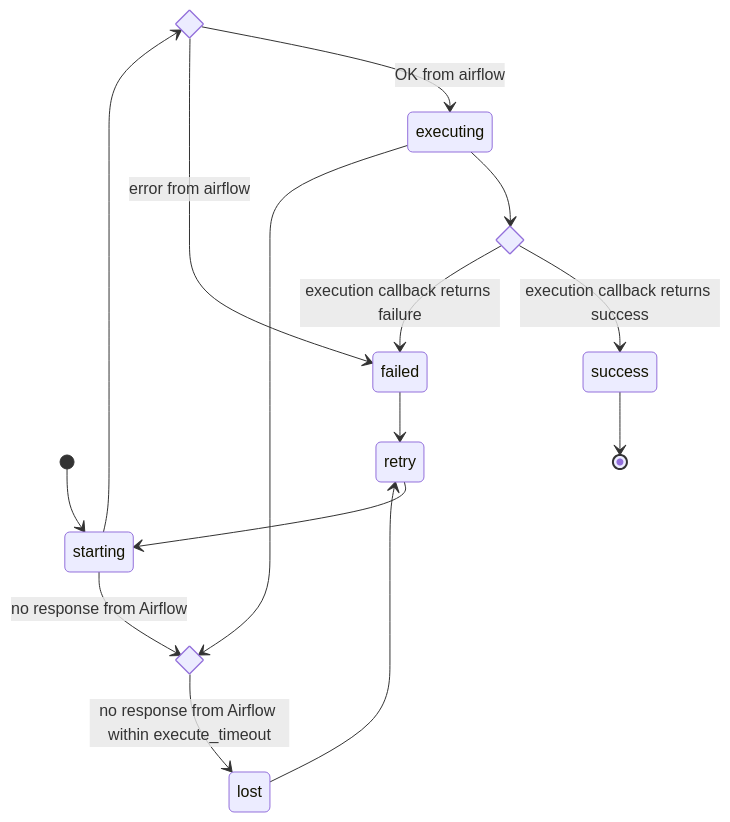
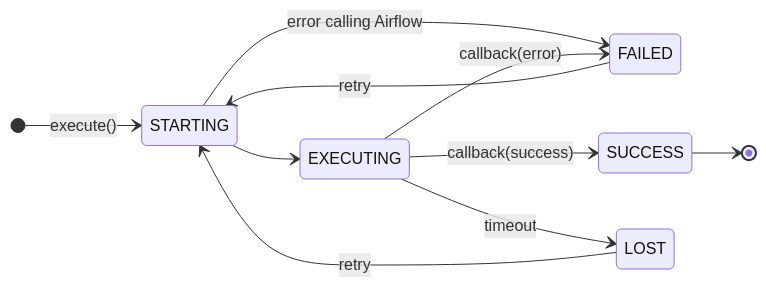
The second of 2 diagrams in design/open/branch_checks.md (treeverse/lakeFS), drawn with Mermaid before and after one commit. The commit also changed other lines of this file, not shown here.

Commit message:
made state diagram more readable

````diff
--- a/design/open/branch_checks.md
+++ b/design/open/branch_checks.md
@@ -97,20 +97,13 @@
 ```mermaid
 stateDiagram-v2
-    state start_failed <<choice>>
-    state execute_failed <<choice>>
-    state timed_out <<choice>>
-    [*] --> starting
-    starting --> start_failed
-    starting --> timed_out: no response from Airflow
-    start_failed --> executing: OK from airflow
-    start_failed --> failed: error from airflow
-    executing --> execute_failed
-    execute_failed --> success: execution callback returns success
-    execute_failed --> failed: execution callback returns failure
-    executing --> timed_out
-    timed_out --> lost: no response from Airflow within execute_timeout
-    failed --> retry
-    lost --> retry
-    retry --> starting
-    success --> [*]
+    direction LR
+    [*] --> STARTING: execute()
+    STARTING --> FAILED: error calling Airflow
+    STARTING --> EXECUTING
+    EXECUTING --> SUCCESS: callback(success)
+    EXECUTING --> FAILED: callback(error)
+    EXECUTING --> LOST: timeout
+    LOST --> STARTING: retry
+    FAILED --> STARTING: retry
+    SUCCESS --> [*]
 ```
````
